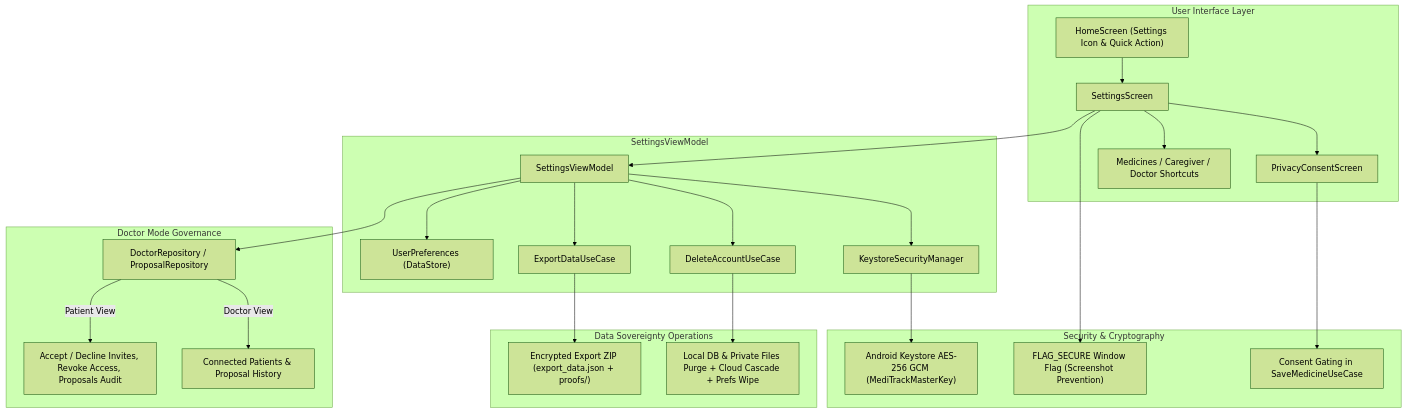
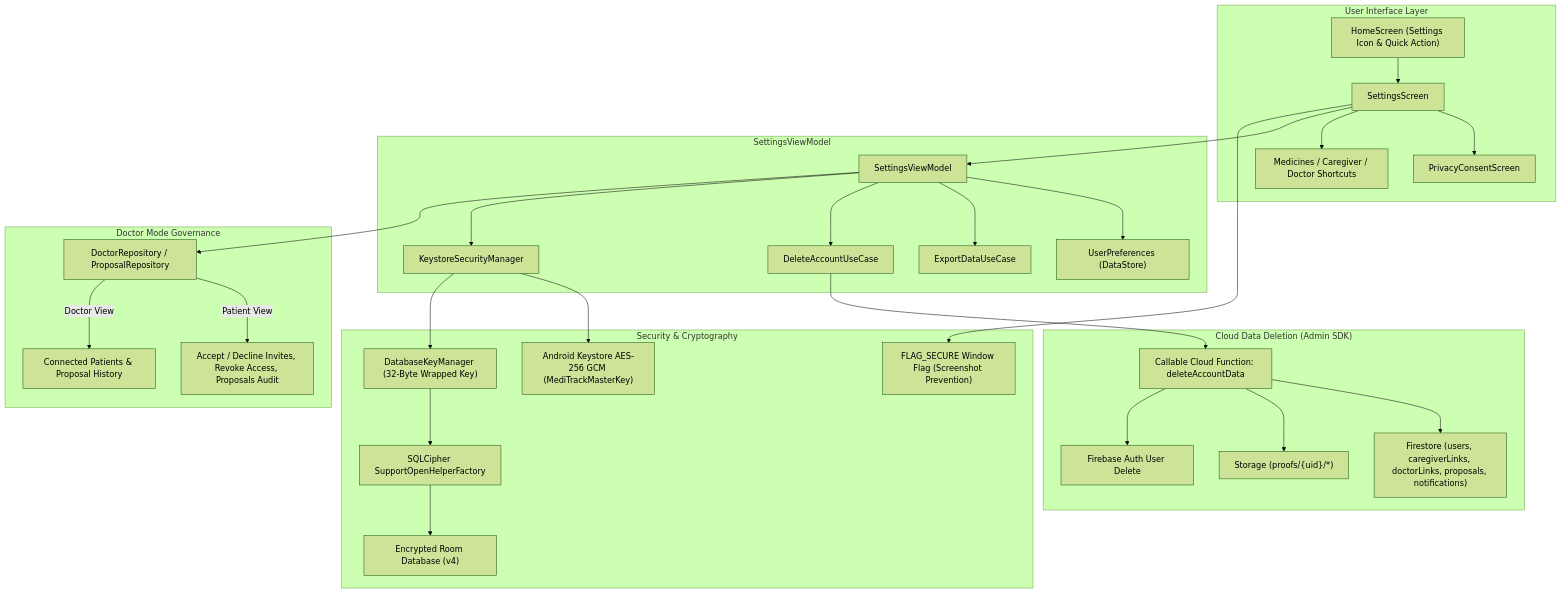
One commit to bhukyabhargav/medi_tracker changed the diagram in docs/verification/STAGE_12_VERIFY.md. Above: the diagram before and after it, drawn with Mermaid (forest theme). The commit also changed other lines of this file and 50 other files, not shown here.

Commit message:
Complete Round 4 remediation: ML evaluation realism, SQLCipher Room encryption, Cloud Function account deletion, proposal revision rules, R8 hardening, and consent-first order

````diff
--- a/docs/verification/STAGE_12_VERIFY.md
+++ b/docs/verification/STAGE_12_VERIFY.md
@@ -9,33 +9,37 @@
 ```mermaid
 flowchart TD
     subgraph UI ["User Interface Layer"]
         A["HomeScreen (Settings Icon & Quick Action)"] --> B["SettingsScreen"]
         B --> C["PrivacyConsentScreen"]
         B --> D["Medicines / Caregiver / Doctor Shortcuts"]
     end
 
     subgraph SettingsVM ["SettingsViewModel"]
         B --> VM["SettingsViewModel"]
         VM --> UP["UserPreferences (DataStore)"]
         VM --> EXP["ExportDataUseCase"]
         VM --> DEL["DeleteAccountUseCase"]
         VM --> SEC["KeystoreSecurityManager"]
     end
 
     subgraph Governance ["Doctor Mode Governance"]
         VM --> DOC["DoctorRepository / ProposalRepository"]
         DOC -->|Patient View| DOC_P["Accept / Decline Invites, Revoke Access, Proposals Audit"]
         DOC -->|Doctor View| DOC_D["Connected Patients & Proposal History"]
     end
 
     subgraph Security ["Security & Cryptography"]
         SEC --> KS["Android Keystore AES-256 GCM (MediTrackMasterKey)"]
+        SEC --> DKM["DatabaseKeyManager (32-Byte Wrapped Key)"]
+        DKM --> SQLC["SQLCipher SupportOpenHelperFactory"]
+        SQLC --> ROOM["Encrypted Room Database (v4)"]
         B --> FS["FLAG_SECURE Window Flag (Screenshot Prevention)"]
-        C --> CG["Consent Gating in SaveMedicineUseCase"]
     end
 
-    subgraph DataSovereignty ["Data Sovereignty Operations"]
-        EXP --> ZIP["Encrypted Export ZIP (export_data.json + proofs/)"]
-        DEL --> WIPE["Local DB & Private Files Purge + Cloud Cascade + Prefs Wipe"]
+    subgraph CloudCascade ["Cloud Data Deletion (Admin SDK)"]
+        DEL --> CF["Callable Cloud Function: deleteAccountData"]
+        CF --> FS_DEL["Firestore (users, caregiverLinks, doctorLinks, proposals, notifications)"]
+        CF --> ST_DEL["Storage (proofs/{uid}/*)"]
+        CF --> AUTH_DEL["Firebase Auth User Delete"]
     end
 ```
````
